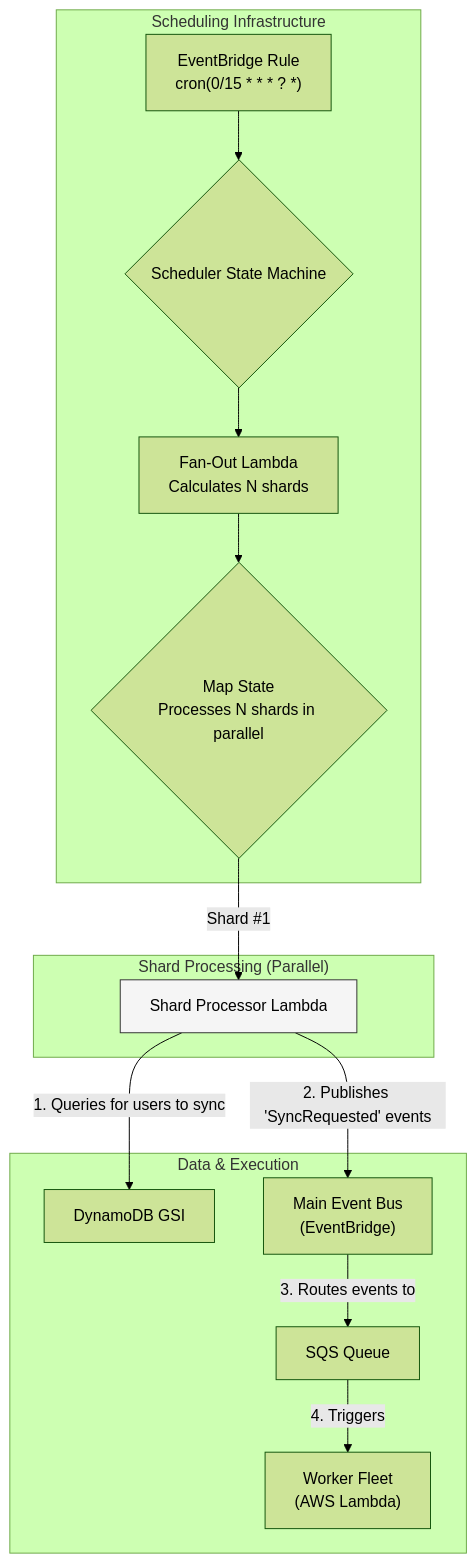
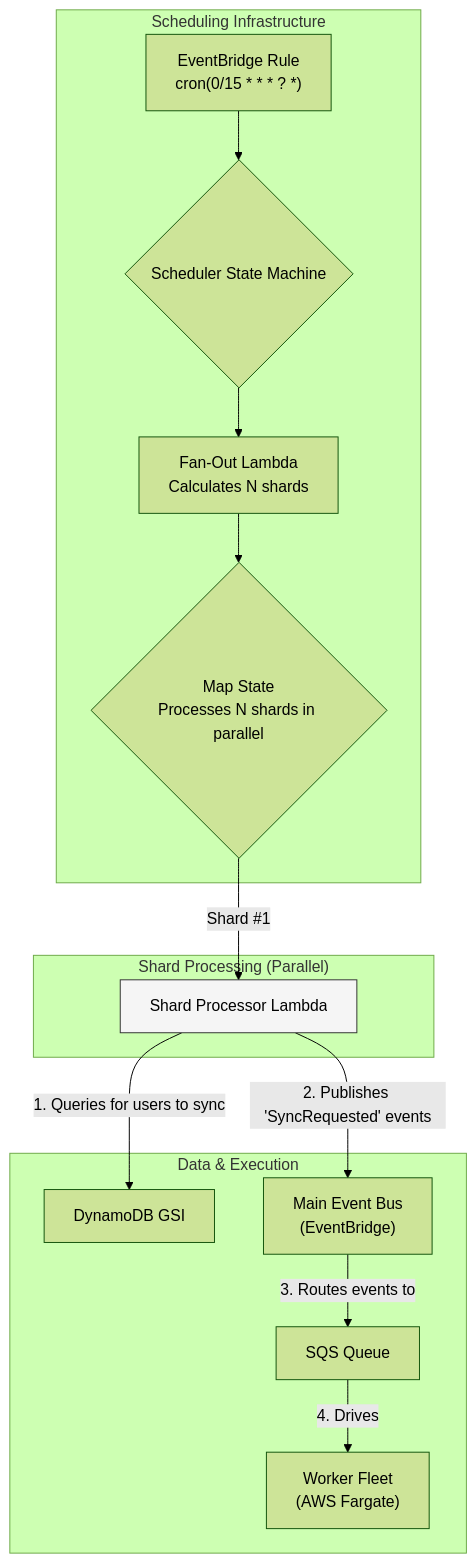
One commit to dino10bit/healthsync changed the seventh of 7 diagrams in 06-technical-architecture.md. Above: the diagram before and after it, drawn with Mermaid (forest theme). The commit also changed other lines of this file and 3 other files, not shown here.

````diff
--- a/06-technical-architecture.md
+++ b/06-technical-architecture.md
@@ -1030,25 +1054,25 @@
 ```mermaid
 graph TD
     subgraph "Scheduling Infrastructure"
         A["EventBridge Rule<br>cron(0/15 * * * ? *)"] --> B{"Scheduler State Machine"};
         B --> C[Fan-Out Lambda<br>Calculates N shards];
         C --> D{Map State<br>Processes N shards in parallel};
     end
 
     subgraph "Shard Processing (Parallel)"
         style E1 fill:#f5f5f5,stroke:#333
         D -- "Shard #1" --> E1[Shard Processor Lambda];
     end
 
     subgraph "Data & Execution"
         DynamoDB[DynamoDB GSI]
         F["Main Event Bus<br>(EventBridge)"];
         G[SQS Queue];
-        H["Worker Fleet<br>(AWS Lambda)"];
+        H["Worker Fleet<br>(AWS Fargate)"];
     end
 
     E1 -- "1. Queries for users to sync" --> DynamoDB;
     E1 -- "2. Publishes 'SyncRequested' events" --> F;
     F -- "3. Routes events to" --> G;
-    G -- "4. Triggers" --> H;
+    G -- "4. Drives" --> H;
 ```
````
